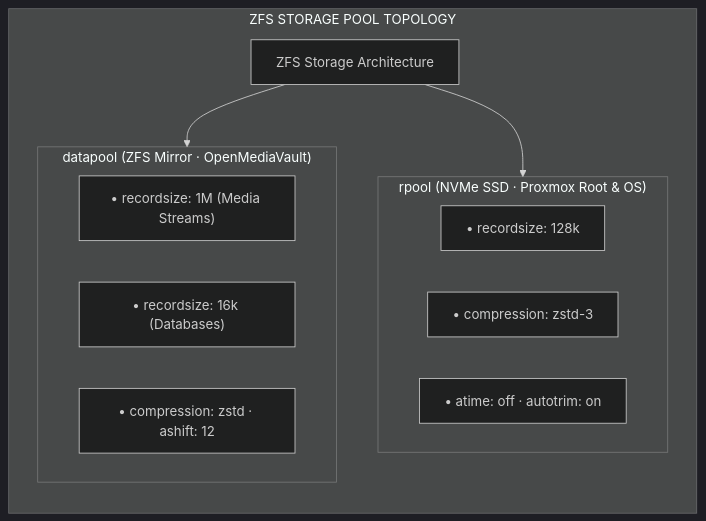
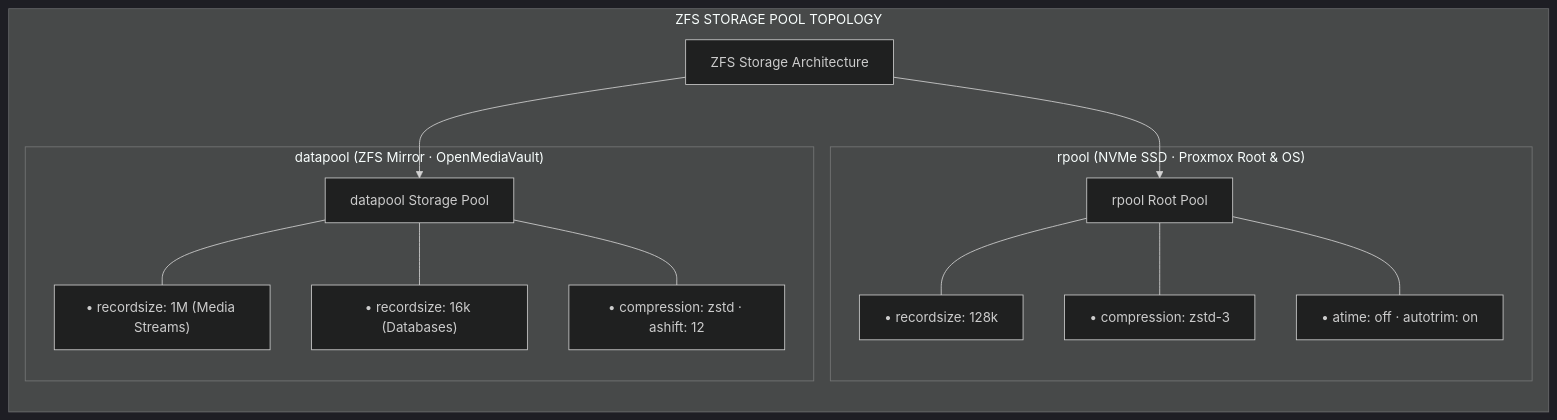
The sixth of 13 diagrams in README.md (stefanutc1/datacenter), drawn with Mermaid (dark theme) before and after one commit. The commit also changed other lines of this file and 6 other files, not shown here.

First line of the commit message:
fix(docs): repair broken Mermaid diagram syntax across markdown files

````diff
--- a/README.md
+++ b/README.md
@@ -450,22 +454,26 @@
 ```mermaid
 flowchart TD
- subgraph ZFSTopology["ZFS STORAGE POOL TOPOLOGY"]
- direction TB
- Pools["ZFS Storage Architecture"]
- 
- subgraph RPool["rpool (NVMe SSD · Proxmox Root & OS)"]
- R1["• recordsize: 128k"]
- R2["• compression: zstd-3"]
- R3["• atime: off · autotrim: on"]
- end
+    subgraph ZFSTopology["ZFS STORAGE POOL TOPOLOGY"]
+        direction TB
+        Pools["ZFS Storage Architecture"]
+        
+        subgraph RPool["rpool (NVMe SSD · Proxmox Root & OS)"]
+            R_Root["rpool Root Pool"]
+            R1["• recordsize: 128k"]
+            R2["• compression: zstd-3"]
+            R3["• atime: off · autotrim: on"]
+            R_Root --- R1 & R2 & R3
+        end
 
- subgraph DataPool["datapool (ZFS Mirror · OpenMediaVault)"]
- D1["• recordsize: 1M (Media Streams)"]
- D2["• recordsize: 16k (Databases)"]
- D3["• compression: zstd · ashift: 12"]
- end
+        subgraph DataPool["datapool (ZFS Mirror · OpenMediaVault)"]
+            D_Root["datapool Storage Pool"]
+            D1["• recordsize: 1M (Media Streams)"]
+            D2["• recordsize: 16k (Databases)"]
+            D3["• compression: zstd · ashift: 12"]
+            D_Root --- D1 & D2 & D3
+        end
 
- Pools --> RPool
- Pools --> DataPool
- end
+        Pools --> R_Root
+        Pools --> D_Root
+    end
 ```
````
